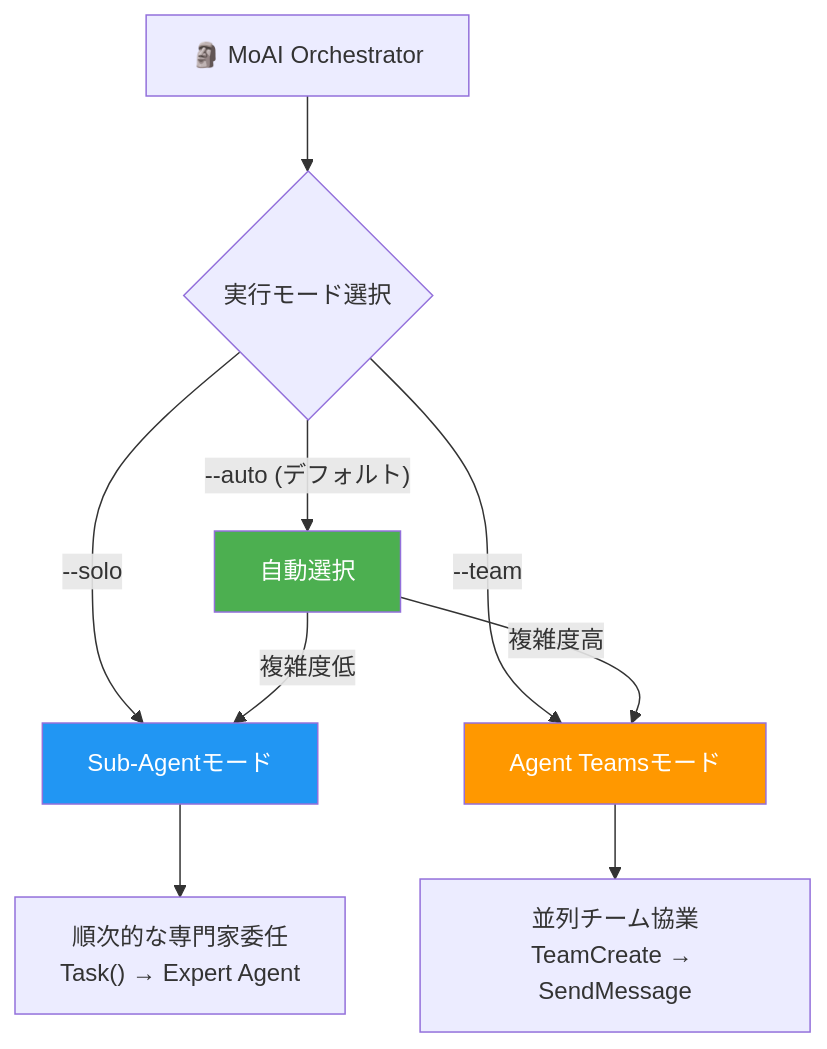
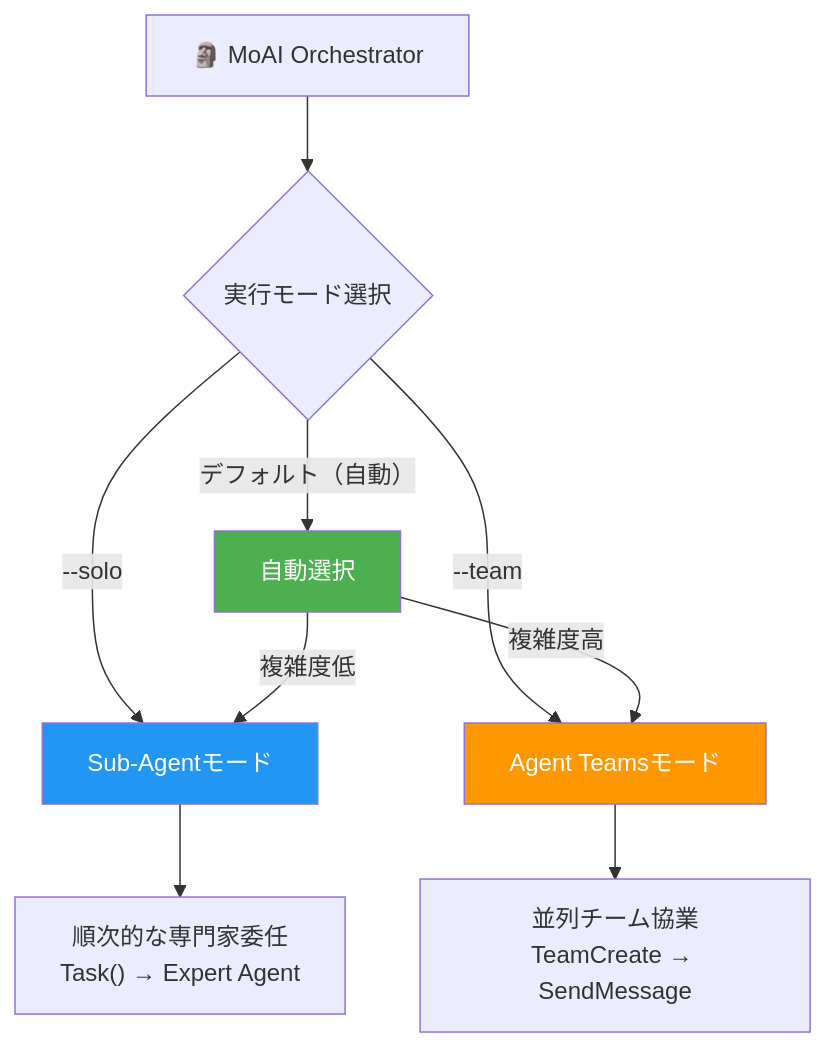
Before and after one commit to modu-ai/moai-adk: the fourth of 5 diagrams in README.ja.md, drawn with Mermaid. The commit also changed other lines of this file and 85 other files, not shown here.

````diff
--- a/README.ja.md
+++ b/README.ja.md
@@ -317,16 +323,16 @@
 ```mermaid
 graph TD
     A["🗿 MoAI Orchestrator"] --> B{"実行モード選択"}
     B -->|"--solo"| C["Sub-Agentモード"]
     B -->|"--team"| D["Agent Teamsモード"]
-    B -->|"--auto (デフォルト)"| E["自動選択"]
+    B -->|"デフォルト（自動）"| E["自動選択"]
 
     C --> F["順次的な専門家委任<br/>Task() → Expert Agent"]
     D --> G["並列チーム協業<br/>TeamCreate → SendMessage"]
     E -->|"複雑度高"| D
     E -->|"複雑度低"| C
 
     style C fill:#2196F3,color:#fff
     style D fill:#FF9800,color:#fff
     style E fill:#4CAF50,color:#fff
 ```
````
